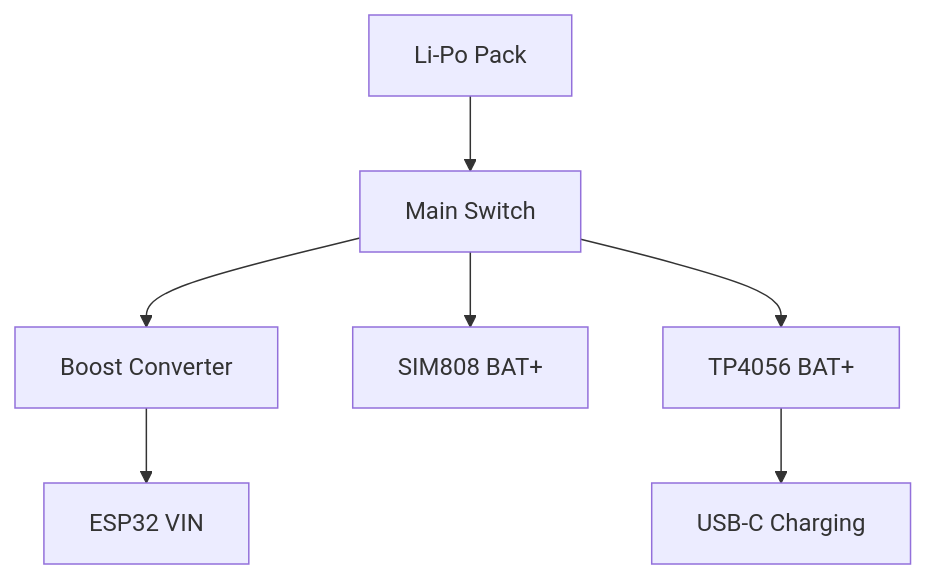
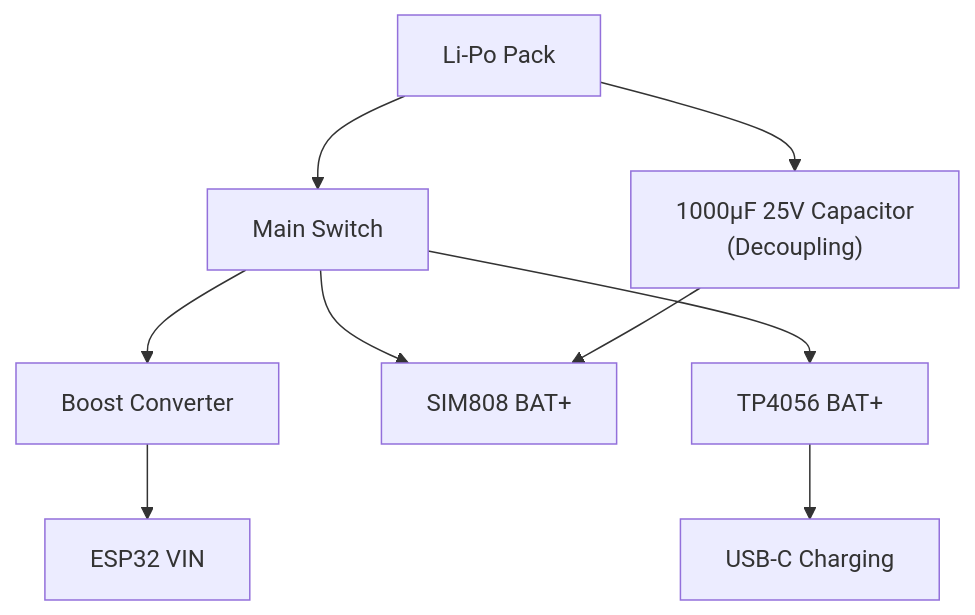
The seventh of 8 diagrams in docs/SYSTEM-ARCHITECTURE.md (qppd/smart-vehicle-impact-detection-device), drawn with Mermaid before and after one commit. The commit also changed 2 other files, not shown here.

Commit message:
Update diagrams to show 1000uF capacitor at SIM808 power input

````diff
--- a/docs/SYSTEM-ARCHITECTURE.md
+++ b/docs/SYSTEM-ARCHITECTURE.md
@@ -168,9 +168,11 @@
 ```mermaid
 graph TB
     BAT["Li-Po Pack"] --> SW["Main Switch"]
     SW --> BOOST["Boost Converter"]
     SW --> SIM808["SIM808 BAT+"]
     SW --> TP4056["TP4056 BAT+"]
     BOOST --> ESP32["ESP32 VIN"]
     TP4056 --> CHG["USB-C Charging"]
+    BAT --> CAP["1000µF 25V Capacitor<br/>(Decoupling)"]
+    CAP --> SIM808
 ```
````
